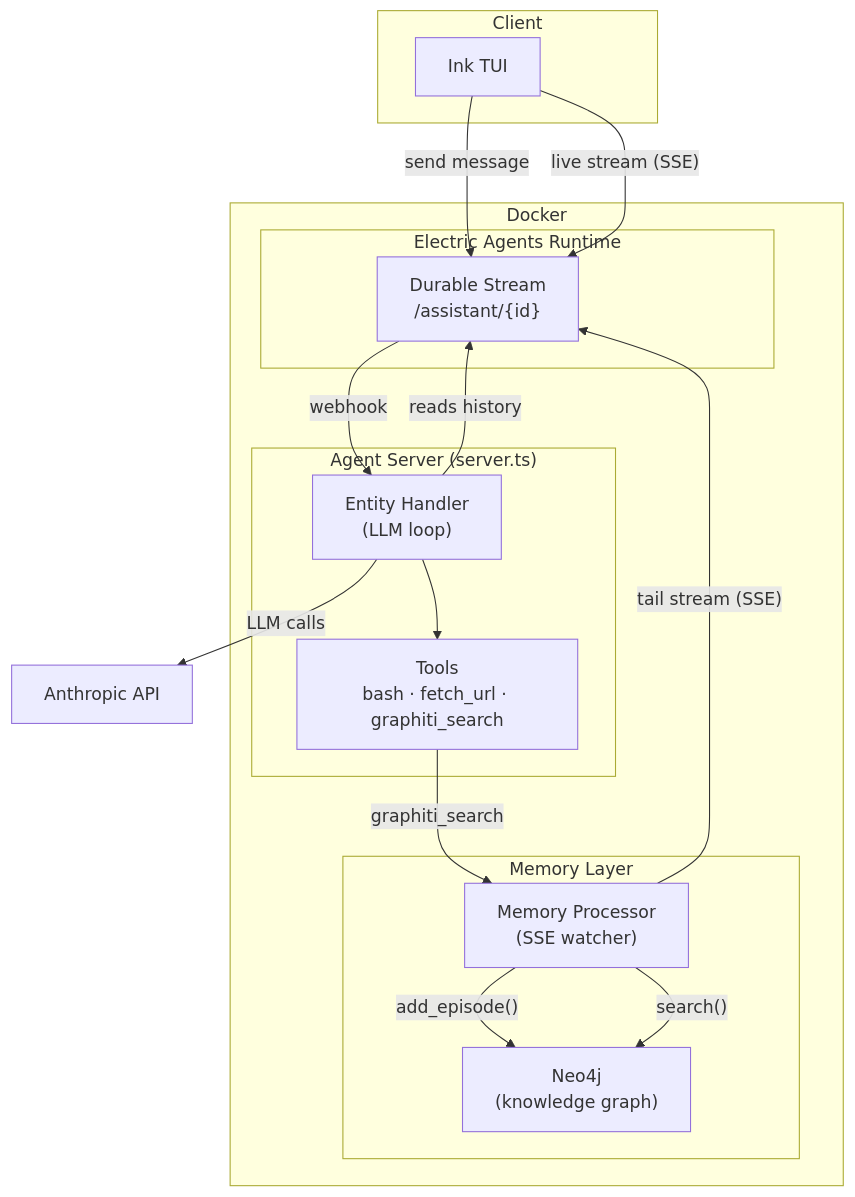
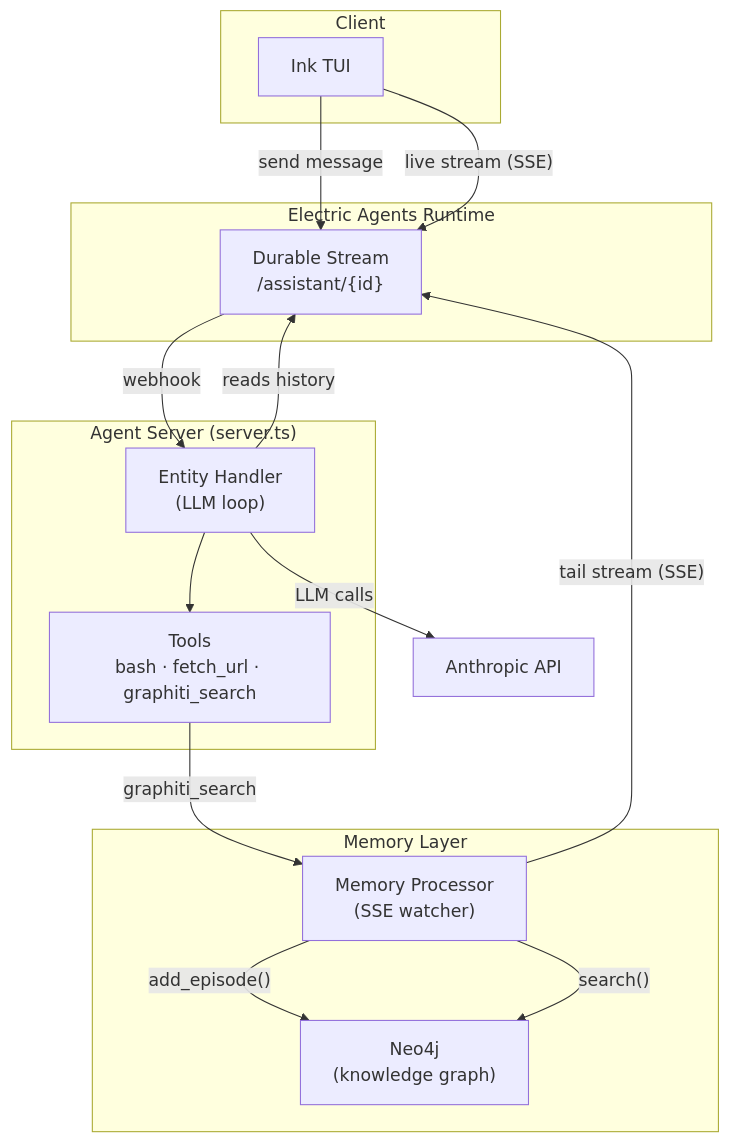
One commit to nharsch/electric-graphiti changed the diagram in README.md. Above: the diagram before and after it, drawn with Mermaid.

Commit message:
remove Docker subgraph wrapper from architecture diagram

````diff
--- a/README.md
+++ b/README.md
@@ -21,35 +21,33 @@
 ```mermaid
 graph TB
     subgraph client["Client"]
         TUI["Ink TUI"]
     end
 
-    subgraph docker["Docker"]
-        subgraph electric["Electric Agents Runtime"]
-            STREAM["Durable Stream\n/assistant/{id}"]
-        end
+    subgraph electric["Electric Agents Runtime"]
+        STREAM["Durable Stream\n/assistant/{id}"]
+    end
 
-        subgraph server["Agent Server (server.ts)"]
-            HANDLER["Entity Handler\n(LLM loop)"]
-            TOOLS["Tools\nbash · fetch_url · graphiti_search"]
-        end
+    subgraph server["Agent Server (server.ts)"]
+        HANDLER["Entity Handler\n(LLM loop)"]
+        TOOLS["Tools\nbash · fetch_url · graphiti_search"]
+    end
 
-        subgraph memory["Memory Layer"]
-            PROC["Memory Processor\n(SSE watcher)"]
-            NEO4J["Neo4j\n(knowledge graph)"]
-        end
+    subgraph memory["Memory Layer"]
+        PROC["Memory Processor\n(SSE watcher)"]
+        NEO4J["Neo4j\n(knowledge graph)"]
     end
 
     CLAUDE["Anthropic API"]
 
     TUI -- "send message" --> STREAM
     TUI -- "live stream (SSE)" --> STREAM
     STREAM -- "webhook" --> HANDLER
     HANDLER -- "reads history" --> STREAM
     HANDLER -- "LLM calls" --> CLAUDE
     HANDLER --> TOOLS
     TOOLS -- "graphiti_search" --> PROC
     PROC -- "tail stream (SSE)" --> STREAM
     PROC -- "add_episode()" --> NEO4J
     PROC -- "search()" --> NEO4J
 ```
````
